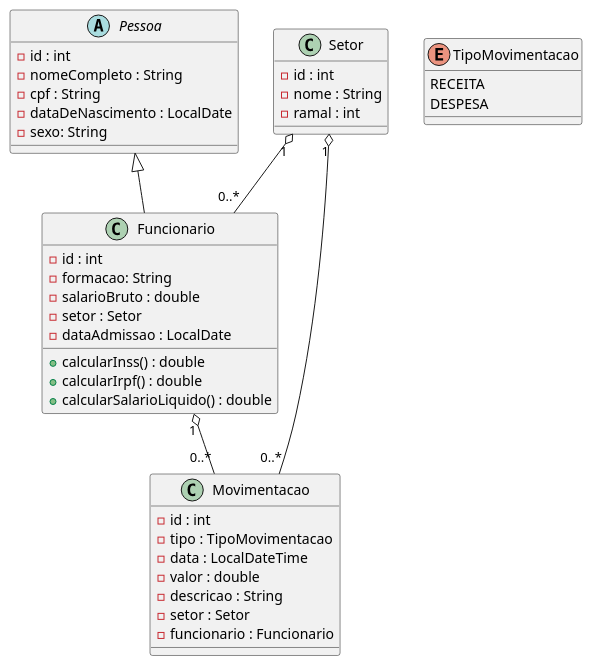
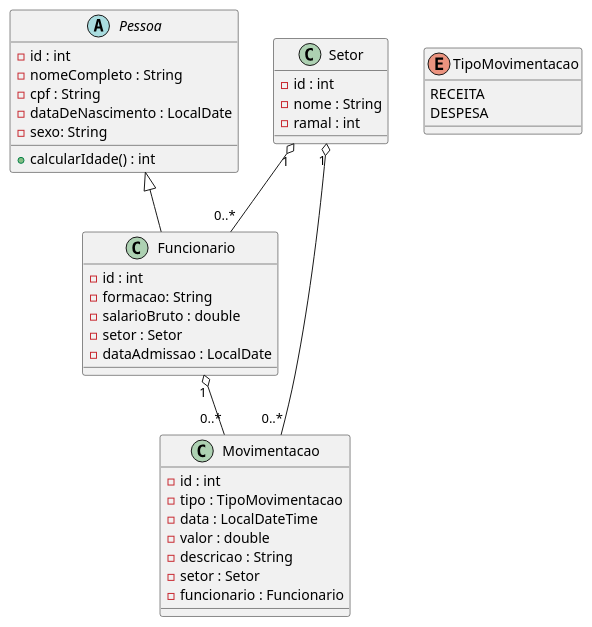
One commit to Tairentsuki/POO2_atividade1 changed the diagram in README.md. Above: the diagram before and after it, drawn with PlantUML.

````diff
--- a/README.md
+++ b/README.md
@@ -11,52 +11,51 @@
 ```plantuml
 @startuml
 
 abstract class Pessoa {
     - id : int
     - nomeCompleto : String
     - cpf : String
     - dataDeNascimento : LocalDate
     - sexo: String
+    + calcularIdade() : int
+
 }
 
 class Funcionario {
     - id : int
     - formacao: String
     - salarioBruto : double
     - setor : Setor
     - dataAdmissao : LocalDate
-    + calcularInss() : double
-    + calcularIrpf() : double
-    + calcularSalarioLiquido() : double
 }
 
 class Setor {
     - id : int
     - nome : String
     - ramal : int
 }
 
 class Movimentacao {
     - id : int
     - tipo : TipoMovimentacao
     - data : LocalDateTime
     - valor : double
     - descricao : String
     - setor : Setor
     - funcionario : Funcionario
 }
 
 enum TipoMovimentacao {
     RECEITA
     DESPESA
 }
 
 
 Pessoa <|-- Funcionario
 
 Setor "1" o-- "0..*" Funcionario 
 Setor "1" o-- "0..*" Movimentacao 
 Funcionario "1" o-- "0..*" Movimentacao 
 
 @enduml
 ```
````
